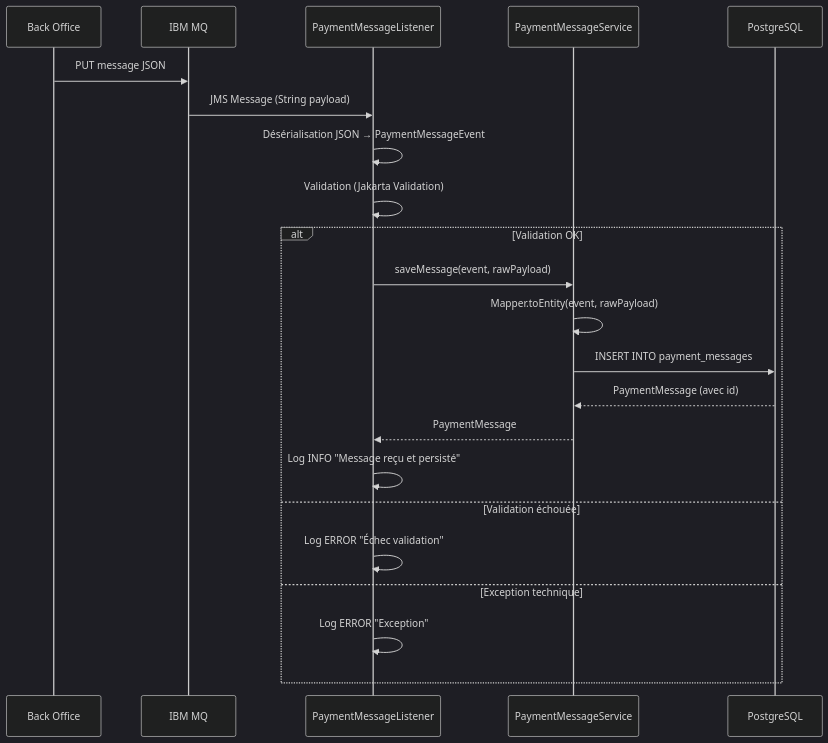
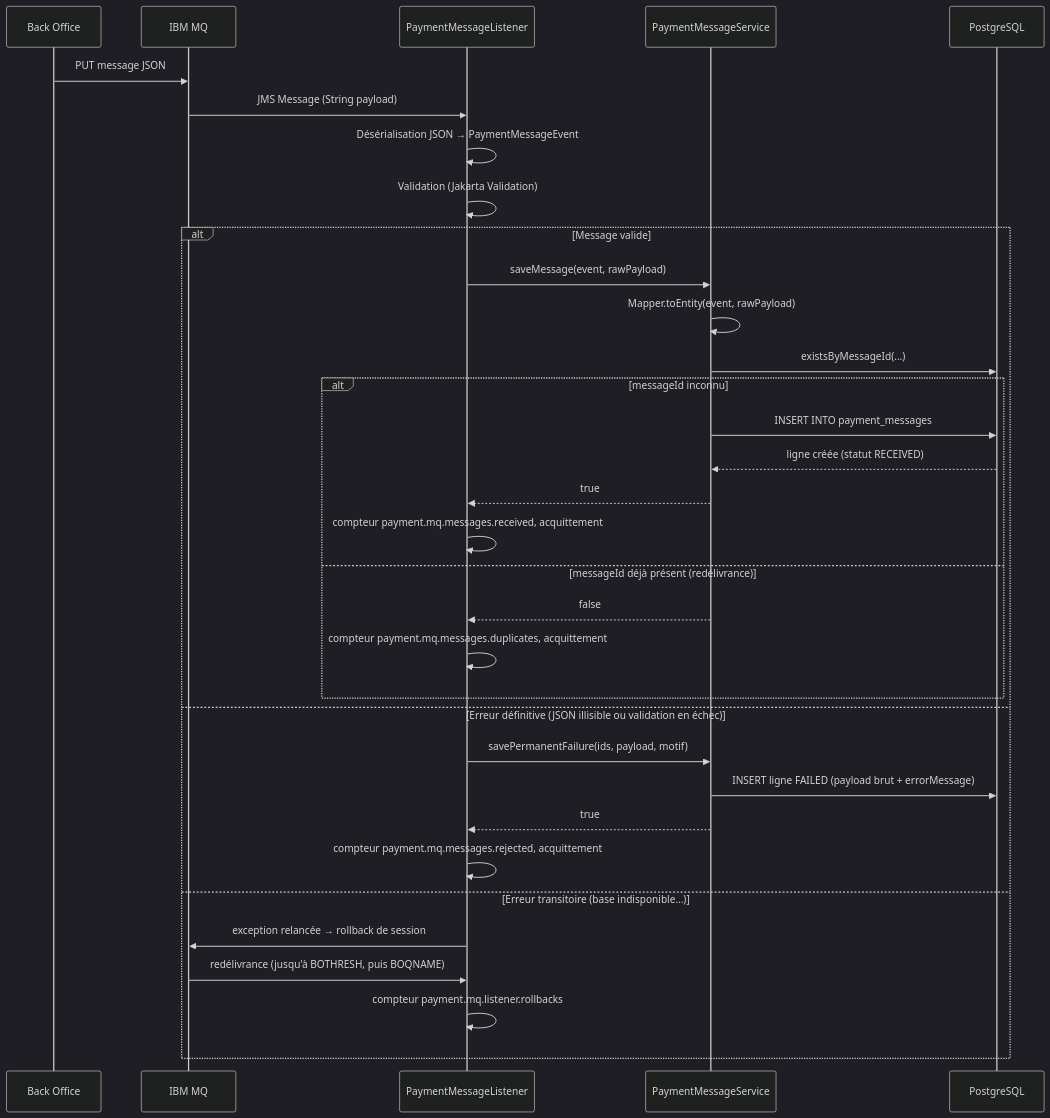
Before and after one commit to mouhamadoulo/payment-messages: the third of 6 diagrams in docs/architecture/flux.md, drawn with Mermaid (dark theme). The commit also changed other lines of this file and 7 other files, not shown here.

````diff
--- a/docs/architecture/flux.md
+++ b/docs/architecture/flux.md
@@ -60,26 +67,37 @@
 ```mermaid
 sequenceDiagram
     participant BO as Back Office
     participant MQ as IBM MQ
     participant Listener as PaymentMessageListener
     participant Service as PaymentMessageService
     participant DB as PostgreSQL
 
     BO->>MQ: PUT message JSON
     MQ->>Listener: JMS Message (String payload)
     Listener->>Listener: Désérialisation JSON → PaymentMessageEvent
     Listener->>Listener: Validation (Jakarta Validation)
 
-    alt Validation OK
+    alt Message valide
         Listener->>Service: saveMessage(event, rawPayload)
         Service->>Service: Mapper.toEntity(event, rawPayload)
-        Service->>DB: INSERT INTO payment_messages
-        DB-->>Service: PaymentMessage (avec id)
-        Service-->>Listener: PaymentMessage
-        Listener->>Listener: Log INFO "Message reçu et persisté"
-    else Validation échouée
-        Listener->>Listener: Log ERROR "Échec validation"
-    else Exception technique
-        Listener->>Listener: Log ERROR "Exception"
+        Service->>DB: existsByMessageId(...)
+        alt messageId inconnu
+            Service->>DB: INSERT INTO payment_messages
+            DB-->>Service: ligne créée (statut RECEIVED)
+            Service-->>Listener: true
+            Listener->>Listener: compteur payment.mq.messages.received, acquittement
+        else messageId déjà présent (redélivrance)
+            Service-->>Listener: false
+            Listener->>Listener: compteur payment.mq.messages.duplicates, acquittement
+        end
+    else Erreur définitive (JSON illisible ou validation en échec)
+        Listener->>Service: savePermanentFailure(ids, payload, motif)
+        Service->>DB: INSERT ligne FAILED (payload brut + errorMessage)
+        Service-->>Listener: true
+        Listener->>Listener: compteur payment.mq.messages.rejected, acquittement
+    else Erreur transitoire (base indisponible…)
+        Listener->>MQ: exception relancée → rollback de session
+        MQ->>Listener: redélivrance (jusqu'à BOTHRESH, puis BOQNAME)
+        Listener->>Listener: compteur payment.mq.listener.rollbacks
     end
 ```
````
